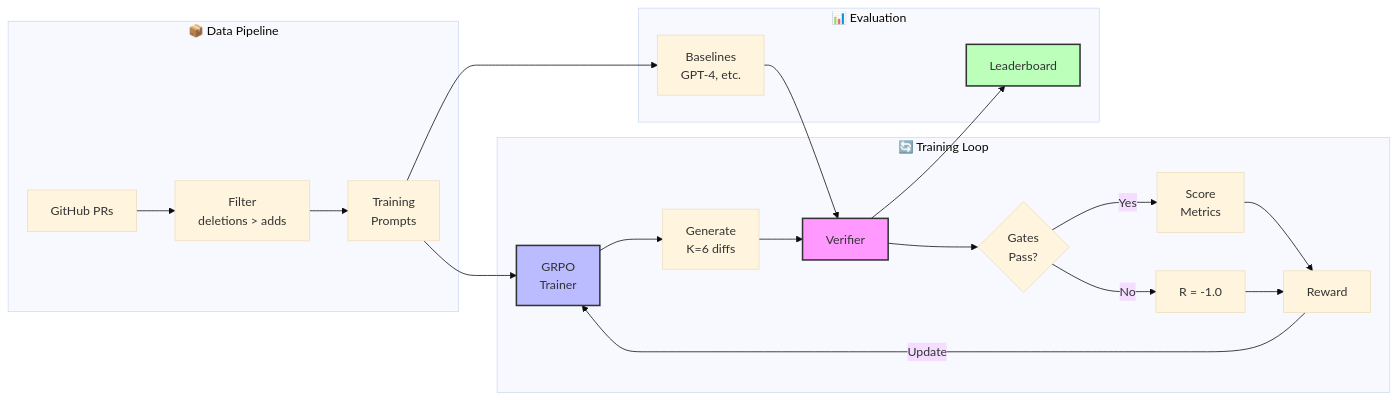
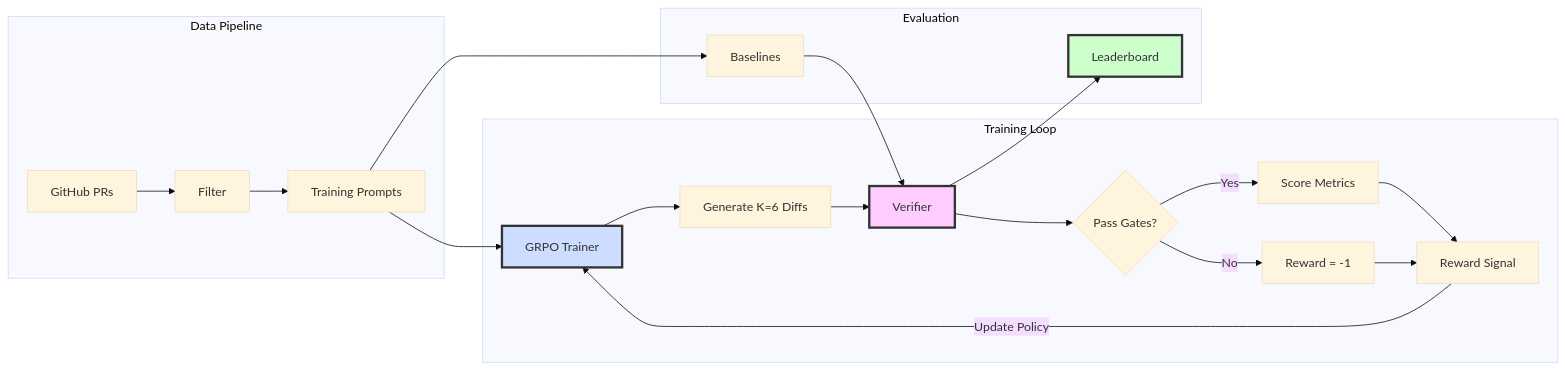
The diagram in README.md (aniltolwani/clobber), drawn with Mermaid (base theme) before and after one commit.

Commit message:
Fix architecture diagram rendering
- Remove emojis from subgraph titles (causing size issues)
- Remove line breaks in node labels
- Use proper color hex codes instead of shorthand
- Increase stroke width for better visibility

````diff
--- a/README.md
+++ b/README.md
@@ -52,30 +52,30 @@
 ```mermaid
 graph LR
-    subgraph Data["📦 Data Pipeline"]
-        A[GitHub PRs] --> B[Filter<br/>deletions > adds]
-        B --> C[Training<br/>Prompts]
+    subgraph Data["Data Pipeline"]
+        A[GitHub PRs] --> B[Filter]
+        B --> C[Training Prompts]
     end
 
-    subgraph Training["🔄 Training Loop"]
-        D[GRPO<br/>Trainer] --> E[Generate<br/>K=6 diffs]
+    subgraph Training["Training Loop"]
+        D[GRPO Trainer] --> E[Generate K=6 Diffs]
         E --> F[Verifier]
-        F --> G{Gates<br/>Pass?}
-        G -->|Yes| H[Score<br/>Metrics]
-        G -->|No| I[R = -1.0]
-        H --> J[Reward]
+        F --> G{Pass Gates?}
+        G -->|Yes| H[Score Metrics]
+        G -->|No| I[Reward = -1]
+        H --> J[Reward Signal]
         I --> J
-        J -->|Update| D
+        J -->|Update Policy| D
     end
 
-    subgraph Eval["📊 Evaluation"]
-        K[Baselines<br/>GPT-4, etc.] --> F
+    subgraph Eval["Evaluation"]
+        K[Baselines] --> F
         F --> L[Leaderboard]
     end
 
     C --> D
     C --> K
 
-    style F fill:#f9f,stroke:#333,stroke-width:2px
-    style D fill:#bbf,stroke:#333,stroke-width:2px
-    style L fill:#bfb,stroke:#333,stroke-width:2px
+    style F fill:#ffccff,stroke:#333,stroke-width:3px
+    style D fill:#ccddff,stroke:#333,stroke-width:3px
+    style L fill:#ccffcc,stroke:#333,stroke-width:3px
 ```
````
